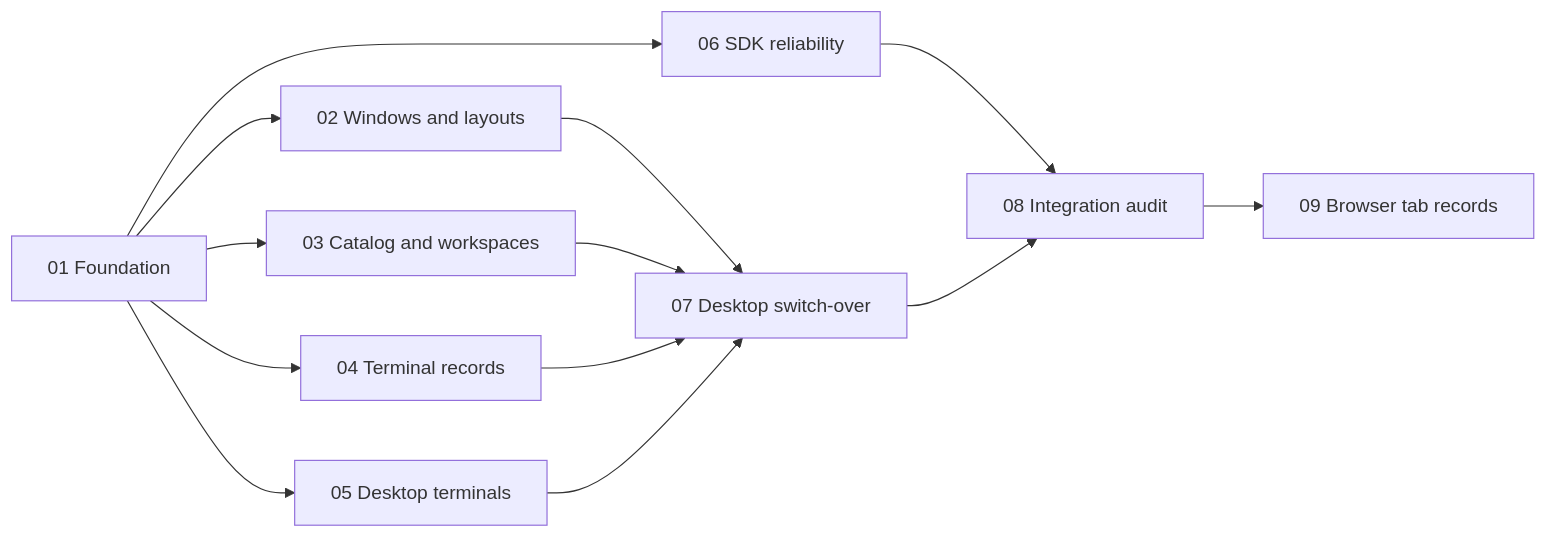
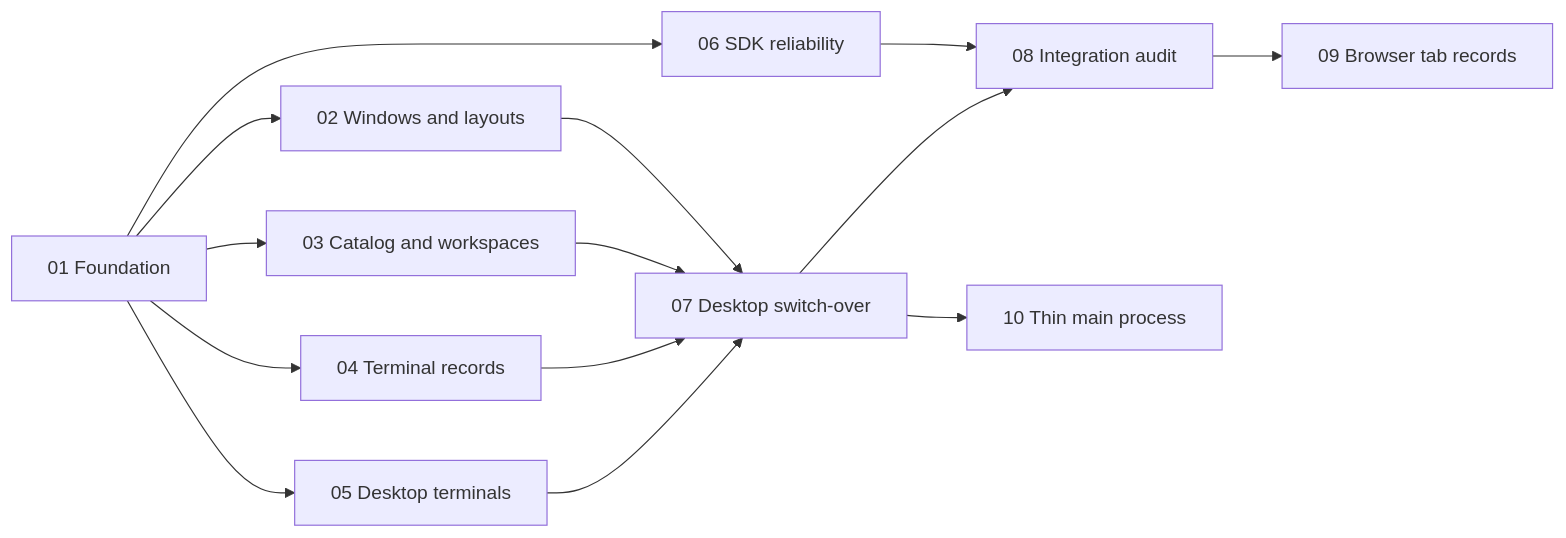
Before and after one commit to 27lakshay/lux-ade: the diagram in .scratch/daemon-authority/README.md, drawn with Mermaid. The commit also changed other lines of this file and 1 other file, not shown here.

Commit message:
Plan the rest of the move out of Electron main

````diff
--- a/.scratch/daemon-authority/README.md
+++ b/.scratch/daemon-authority/README.md
@@ -125,15 +129,16 @@
 ```mermaid
 flowchart LR
     T01[01 Foundation] --> T02[02 Windows and layouts]
     T01 --> T03[03 Catalog and workspaces]
     T01 --> T04[04 Terminal records]
     T01 --> T05[05 Desktop terminals]
     T01 --> T06[06 SDK reliability]
     T02 --> T07[07 Desktop switch-over]
     T03 --> T07
     T04 --> T07
     T05 --> T07
     T06 --> T08[08 Integration audit]
     T07 --> T08
     T08 --> T09[09 Browser tab records]
+    T07 --> T10[10 Thin main process]
 ```
````
